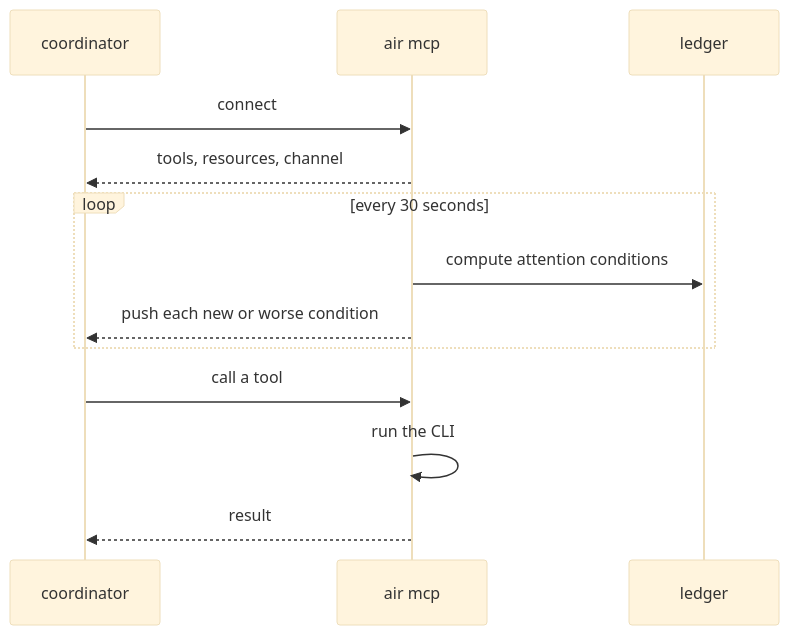
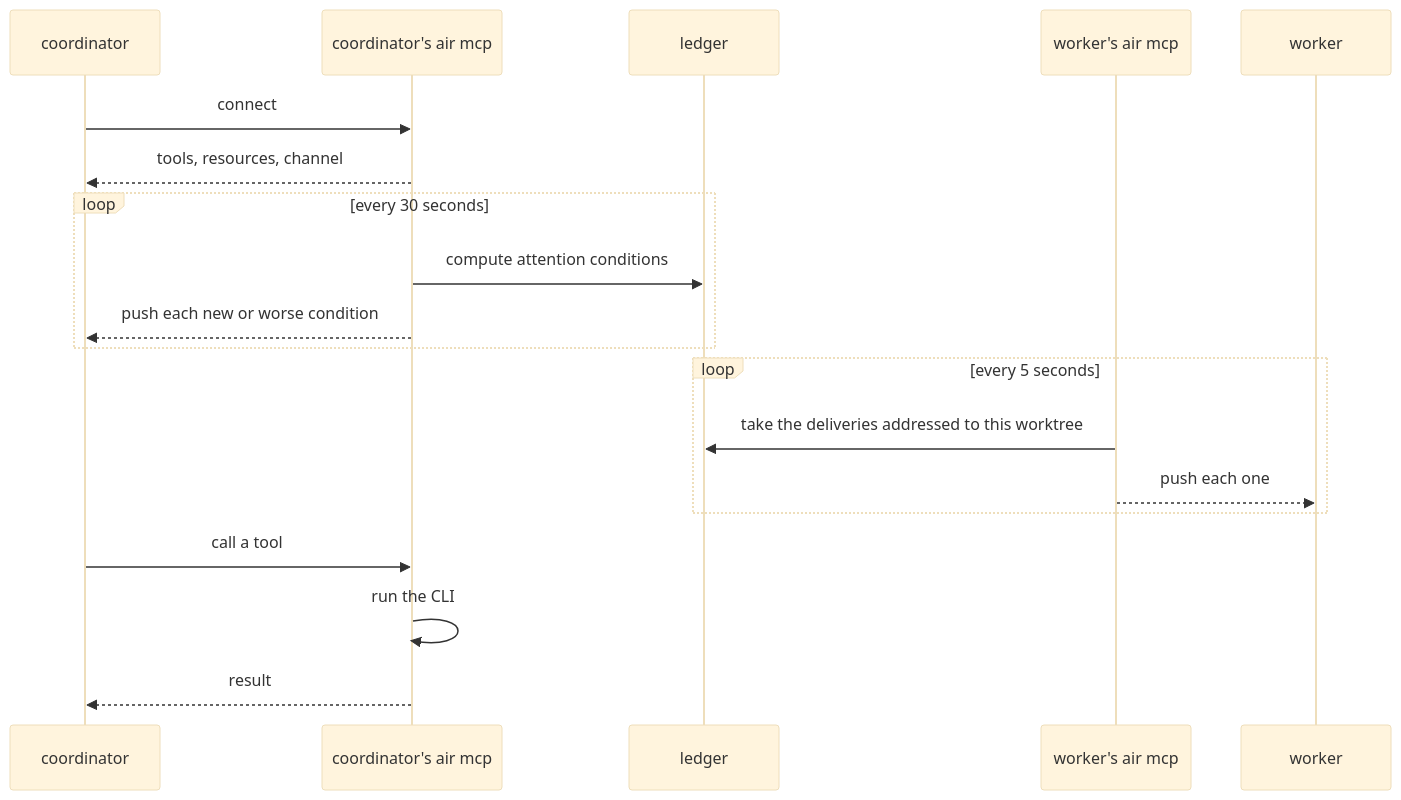
One commit to AJTJ/airunner changed the seventh of 8 diagrams in docs/design.md. Above: the diagram before and after it, drawn with Mermaid (base theme). The commit also changed other lines of this file and 11 other files, not shown here.

First line of the commit message:
feat(channel): deliver Air's messages into every session it starts

````diff
--- a/docs/design.md
+++ b/docs/design.md
@@ -465,15 +476,21 @@
 ```mermaid
 sequenceDiagram
   participant C as coordinator
-  participant M as air mcp
+  participant M as coordinator's air mcp
   participant L as ledger
+  participant WM as worker's air mcp
+  participant W as worker
   C->>M: connect
   M-->>C: tools, resources, channel
   loop every 30 seconds
     M->>L: compute attention conditions
     M-->>C: push each new or worse condition
   end
+  loop every 5 seconds
+    WM->>L: take the deliveries addressed to this worktree
+    WM-->>W: push each one
+  end
   C->>M: call a tool
   M->>M: run the CLI
   M-->>C: result
 ```
````
